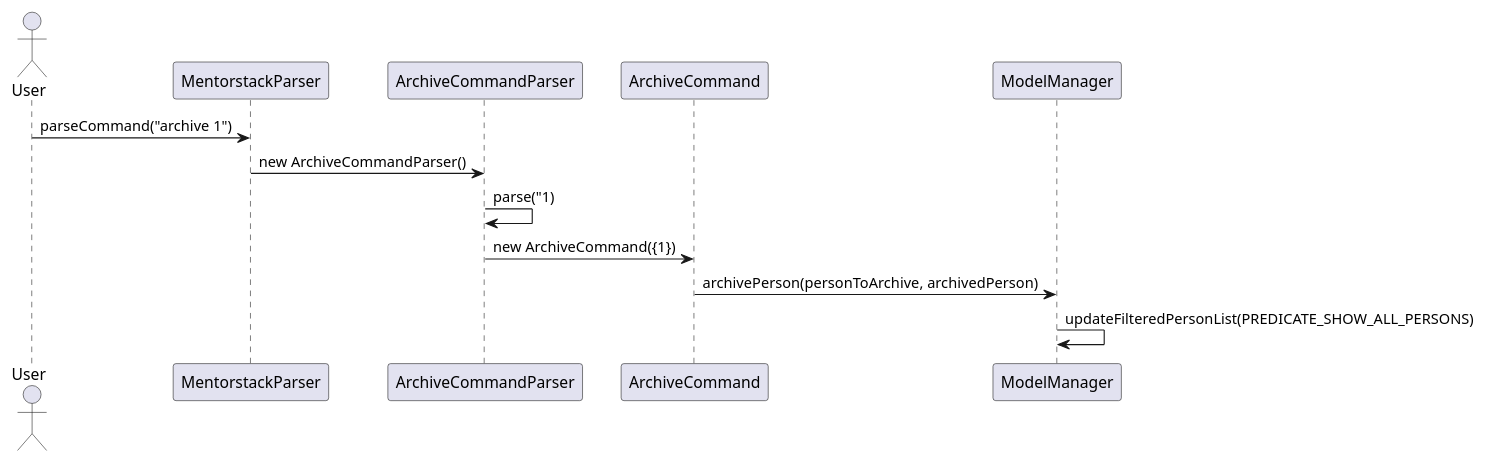
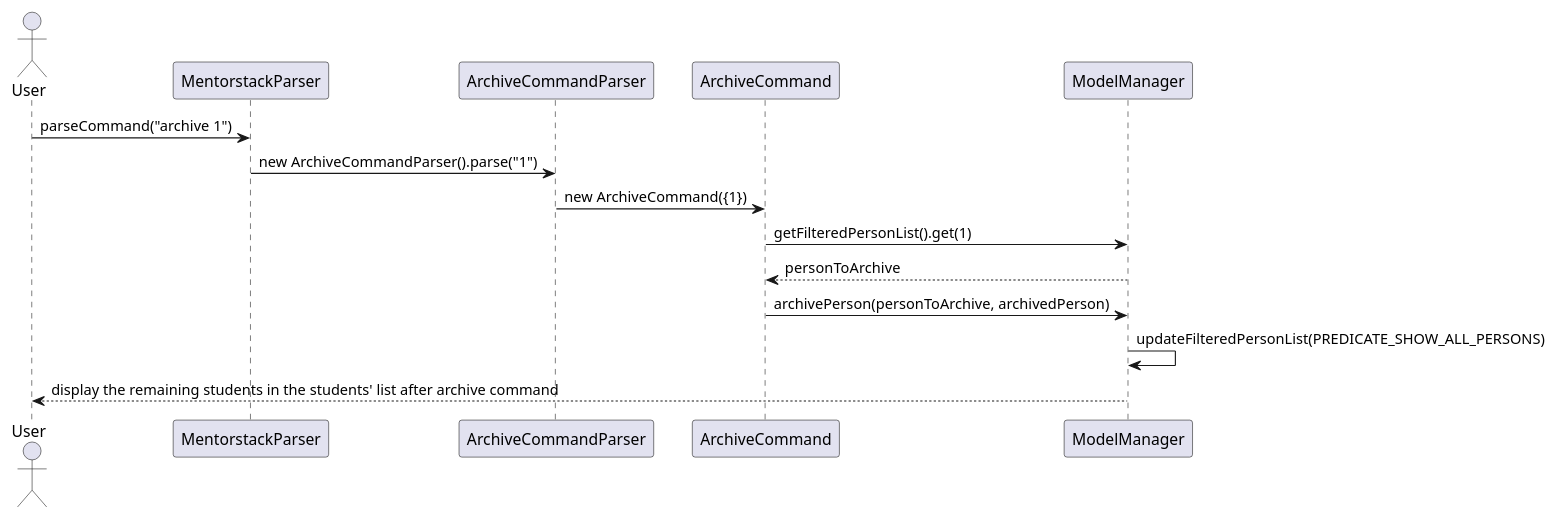
The diagram in docs/diagrams/ArchiveSequenceDiagram.puml (subiloble/tp), drawn with PlantUML before and after one commit.

Commit message:
Update UML for archive command

```diff
--- a/docs/diagrams/ArchiveSequenceDiagram.puml
+++ b/docs/diagrams/ArchiveSequenceDiagram.puml
@@ -1,16 +1,18 @@
 @startuml
 actor User
 participant MentorstackParser
 participant ArchiveCommandParser
 participant ArchiveCommand
 participant ModelManager
 
 
 User -> MentorstackParser: parseCommand("archive 1")
-MentorstackParser -> ArchiveCommandParser: new ArchiveCommandParser()
-ArchiveCommandParser -> ArchiveCommandParser: parse("1)
+MentorstackParser -> ArchiveCommandParser: new ArchiveCommandParser().parse("1")
 ArchiveCommandParser -> ArchiveCommand: new ArchiveCommand({1})
+ArchiveCommand -> ModelManager: getFilteredPersonList().get(1)
+ModelManager --> ArchiveCommand: personToArchive
 ArchiveCommand -> ModelManager: archivePerson(personToArchive, archivedPerson)
 ModelManager -> ModelManager: updateFilteredPersonList(PREDICATE_SHOW_ALL_PERSONS)
+ModelManager --> User: display the remaining students in the students' list after archive command
 
 @enduml
```
